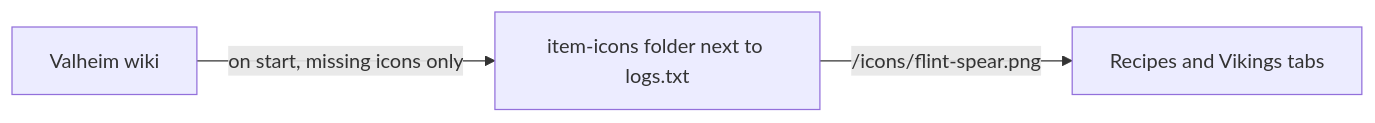
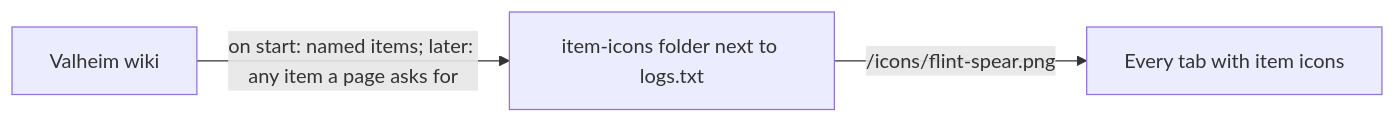
One commit to cristiadu/valheim-dashboard changed diagram 11 of 19 in docs/architecture.md. Above: the diagram before and after it, drawn with Mermaid. The commit also changed other lines of this file and 4 other files, not shown here.

Commit message:
Download any item's icon the first time a page shows it (#81)

````diff
--- a/docs/architecture.md
+++ b/docs/architecture.md
@@ -215,5 +215,5 @@
 ```mermaid
 flowchart LR
-  wiki[Valheim wiki] -->|on start, missing icons only| icons["item-icons folder next to logs.txt"]
-  icons -->|/icons/flint-spear.png| pages[Recipes and Vikings tabs]
+  wiki[Valheim wiki] -->|on start: named items; later: any item a page asks for| icons["item-icons folder next to logs.txt"]
+  icons -->|/icons/flint-spear.png| pages[Every tab with item icons]
 ```
````
